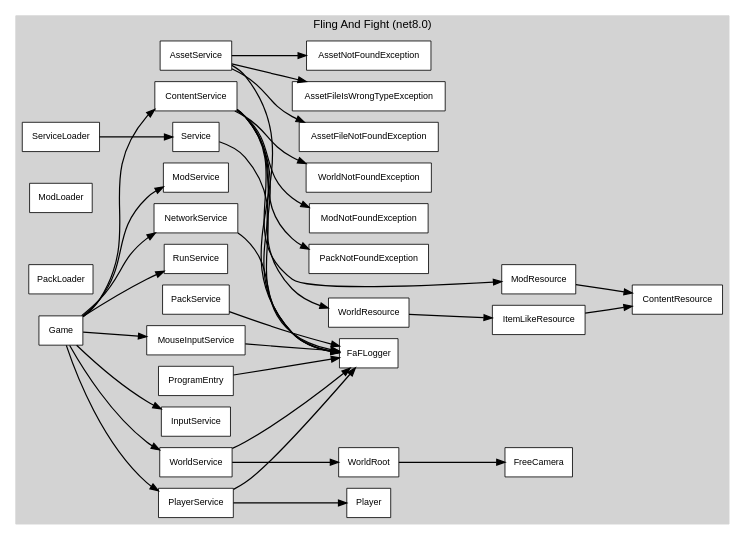
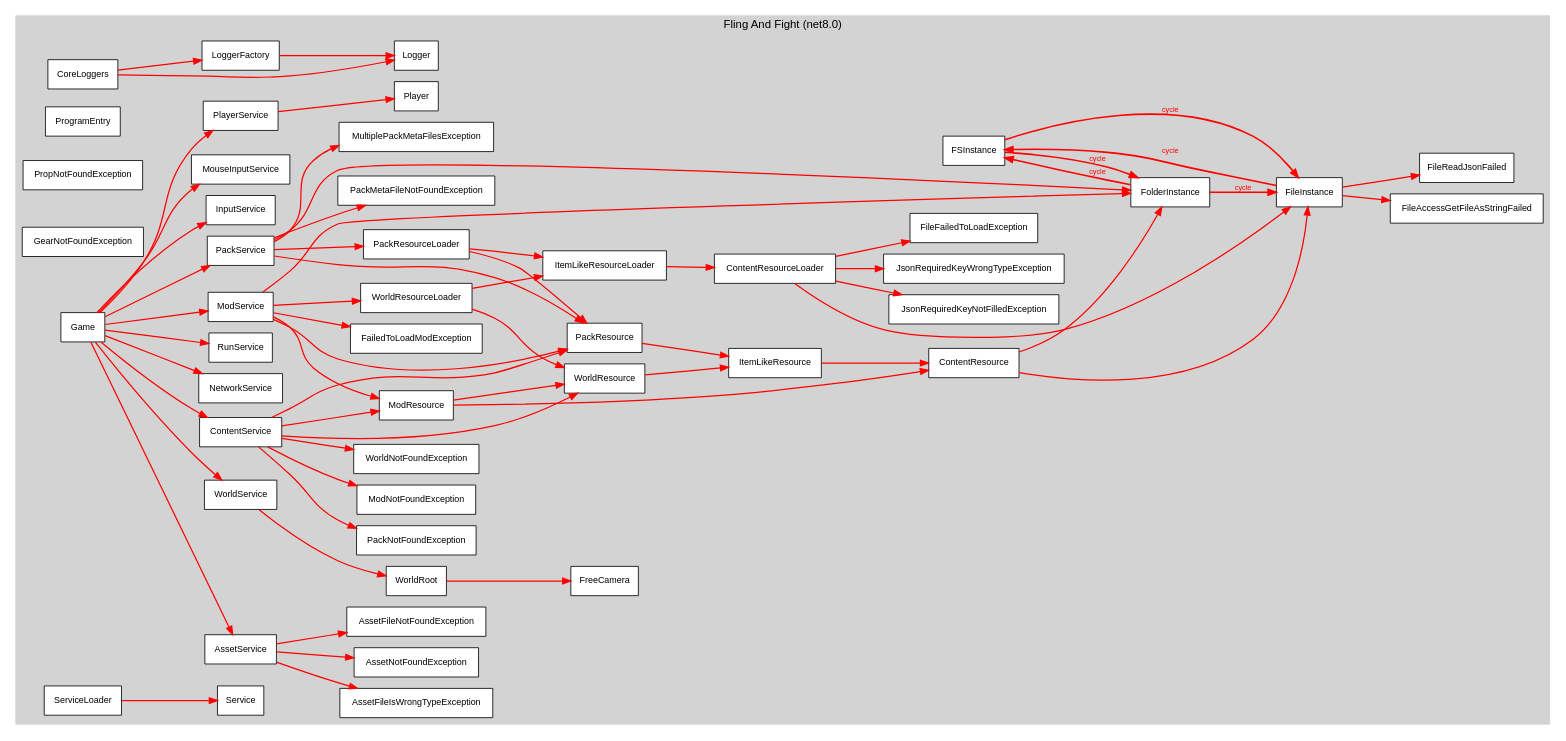
Before and after one commit to Nikaxe-dev/Fling-And-Fight: the diagram in FaF-GODOT/class-dependency-graph.dot, drawn with Graphviz. The commit also changed 1 other file, not shown here.

Commit message:
feat: add state events to RunService

```diff
--- a/FaF-GODOT/class-dependency-graph.dot
+++ b/FaF-GODOT/class-dependency-graph.dot
@@ -1,75 +1,123 @@
 digraph CSharpDependencies {
   graph [rankdir=LR, fontname="Helvetica", fontsize=14, splines=sprite, overlap=false, nodesep=0.2, ranksep=0.8];
   node [shape=box, style=filled, fillcolor=lightblue, fontname="Helvetica", fontsize=11];
   edge [fontname="Helvetica", fontsize=9];
+  // Cycle highlighting
+  edge [color="#FF0000", penwidth=2.0];
+
 
   subgraph "cluster_Fling And Fight" {
     label="Fling And Fight (net8.0)";
     style="filled";
     color="lightgray";
 
-    "Fling And Fight.FaFLogger" [label="FaFLogger", fillcolor=white, tooltip="FaF.Debug.FaFLogger"];
+    "Fling And Fight.CoreLoggers" [label="CoreLoggers", fillcolor=white, tooltip="FaF.Debug.CoreLoggers"];
+    "Fling And Fight.Logger" [label="Logger", fillcolor=white, tooltip="FaF.Debug.Logger"];
+    "Fling And Fight.LoggerFactory" [label="LoggerFactory", fillcolor=white, tooltip="FaF.Debug.LoggerFactory"];
+    "Fling And Fight.FSInstance" [label="FSInstance", fillcolor=white, tooltip="FaF.FileSystem.FSInstance"];
+    "Fling And Fight.FileInstance" [label="FileInstance", fillcolor=white, tooltip="FaF.FileSystem.FileInstance"];
+    "Fling And Fight.FileAccessGetFileAsStringFailed" [label="FileAccessGetFileAsStringFailed", fillcolor=white, tooltip="FaF.FileSystem.FileAccessGetFileAsStringFailed"];
+    "Fling And Fight.FileReadJsonFailed" [label="FileReadJsonFailed", fillcolor=white, tooltip="FaF.FileSystem.FileReadJsonFailed"];
+    "Fling And Fight.FolderInstance" [label="FolderInstance", fillcolor=white, tooltip="FaF.FileSystem.FolderInstance"];
     "Fling And Fight.ProgramEntry" [label="ProgramEntry", fillcolor=white, tooltip="FaF.ProgramEntry"];
     "Fling And Fight.AssetService" [label="AssetService", fillcolor=white, tooltip="FaF.Services.Content.AssetService"];
     "Fling And Fight.AssetNotFoundException" [label="AssetNotFoundException", fillcolor=white, tooltip="FaF.Services.Content.AssetNotFoundException"];
     "Fling And Fight.AssetFileNotFoundException" [label="AssetFileNotFoundException", fillcolor=white, tooltip="FaF.Services.Content.AssetFileNotFoundException"];
     "Fling And Fight.AssetFileIsWrongTypeException" [label="AssetFileIsWrongTypeException", fillcolor=white, tooltip="FaF.Services.Content.AssetFileIsWrongTypeException"];
     "Fling And Fight.ContentService" [label="ContentService", fillcolor=white, tooltip="FaF.Services.Content.ContentService"];
     "Fling And Fight.PackNotFoundException" [label="PackNotFoundException", fillcolor=white, tooltip="FaF.Services.Content.PackNotFoundException"];
     "Fling And Fight.ModNotFoundException" [label="ModNotFoundException", fillcolor=white, tooltip="FaF.Services.Content.ModNotFoundException"];
     "Fling And Fight.WorldNotFoundException" [label="WorldNotFoundException", fillcolor=white, tooltip="FaF.Services.Content.WorldNotFoundException"];
+    "Fling And Fight.PropNotFoundException" [label="PropNotFoundException", fillcolor=white, tooltip="FaF.Services.Content.PropNotFoundException"];
+    "Fling And Fight.GearNotFoundException" [label="GearNotFoundException", fillcolor=white, tooltip="FaF.Services.Content.GearNotFoundException"];
     "Fling And Fight.ContentResource" [label="ContentResource", fillcolor=white, tooltip="FaF.Services.Content.Resources.ContentResource"];
     "Fling And Fight.ItemLikeResource" [label="ItemLikeResource", fillcolor=white, tooltip="FaF.Services.Content.Resources.ItemLikeResource"];
     "Fling And Fight.ModResource" [label="ModResource", fillcolor=white, tooltip="FaF.Services.Content.Resources.ModResource"];
+    "Fling And Fight.PackResource" [label="PackResource", fillcolor=white, tooltip="FaF.Services.Content.Resources.PackResource"];
     "Fling And Fight.WorldResource" [label="WorldResource", fillcolor=white, tooltip="FaF.Services.Content.Resources.WorldResource"];
     "Fling And Fight.Game" [label="Game", fillcolor=white, tooltip="FaF.Services.Game"];
     "Fling And Fight.NetworkService" [label="NetworkService", fillcolor=white, tooltip="FaF.Services.Lifecycle.NetworkService"];
     "Fling And Fight.RunService" [label="RunService", fillcolor=white, tooltip="FaF.Services.Lifecycle.RunService"];
-    "Fling And Fight.ModLoader" [label="ModLoader", fillcolor=white, tooltip="FaF.Services.Modding.ModLoaders.ModLoader"];
     "Fling And Fight.ModService" [label="ModService", fillcolor=white, tooltip="FaF.Services.Modding.ModService"];
-    "Fling And Fight.PackLoader" [label="PackLoader", fillcolor=white, tooltip="FaF.Services.Modding.PackLoaders.PackLoader"];
+    "Fling And Fight.FailedToLoadModException" [label="FailedToLoadModException", fillcolor=white, tooltip="FaF.Services.Modding.FailedToLoadModException"];
     "Fling And Fight.PackService" [label="PackService", fillcolor=white, tooltip="FaF.Services.Modding.PackService"];
+    "Fling And Fight.PackMetaFileNotFoundException" [label="PackMetaFileNotFoundException", fillcolor=white, tooltip="FaF.Services.Modding.PackMetaFileNotFoundException"];
+    "Fling And Fight.MultiplePackMetaFilesException" [label="MultiplePackMetaFilesException", fillcolor=white, tooltip="FaF.Services.Modding.MultiplePackMetaFilesException"];
+    "Fling And Fight.ContentResourceLoader" [label="ContentResourceLoader", fillcolor=white, tooltip="FaF.Services.Modding.ResourceLoaders.ContentResourceLoader"];
+    "Fling And Fight.FileFailedToLoadException" [label="FileFailedToLoadException", fillcolor=white, tooltip="FaF.Services.Modding.ResourceLoaders.FileFailedToLoadException"];
+    "Fling And Fight.JsonRequiredKeyNotFilledException" [label="JsonRequiredKeyNotFilledException", fillcolor=white, tooltip="FaF.Services.Modding.ResourceLoaders.JsonRequiredKeyNotFilledException"];
+    "Fling And Fight.JsonRequiredKeyWrongTypeException" [label="JsonRequiredKeyWrongTypeException", fillcolor=white, tooltip="FaF.Services.Modding.ResourceLoaders.JsonRequiredKeyWrongTypeException"];
+    "Fling And Fight.ItemLikeResourceLoader" [label="ItemLikeResourceLoader", fillcolor=white, tooltip="FaF.Services.Modding.ResourceLoaders.ItemLikeResourceLoader"];
+    "Fling And Fight.PackResourceLoader" [label="PackResourceLoader", fillcolor=white, tooltip="FaF.Services.Modding.ResourceLoaders.PackResourceLoader"];
+    "Fling And Fight.WorldResourceLoader" [label="WorldResourceLoader", fillcolor=white, tooltip="FaF.Services.Modding.ResourceLoaders.WorldResourceLoader"];
     "Fling And Fight.Service" [label="Service", fillcolor=white, tooltip="FaF.Services.Service"];
     "Fling And Fight.ServiceLoader" [label="ServiceLoader", fillcolor=white, tooltip="FaF.Services.ServiceLoader"];
     "Fling And Fight.InputService" [label="InputService", fillcolor=white, tooltip="FaF.Services.UserInput.InputService"];
     "Fling And Fight.MouseInputService" [label="MouseInputService", fillcolor=white, tooltip="FaF.Services.UserInput.MouseInputService"];
     "Fling And Fight.Player" [label="Player", fillcolor=white, tooltip="FaF.Services.World.Player"];
     "Fling And Fight.PlayerService" [label="PlayerService", fillcolor=white, tooltip="FaF.Services.World.PlayerService"];
     "Fling And Fight.WorldRoot" [label="WorldRoot", fillcolor=white, tooltip="FaF.Services.World.WorldRoot"];
     "Fling And Fight.WorldService" [label="WorldService", fillcolor=white, tooltip="FaF.Services.World.WorldService"];
     "Fling And Fight.FreeCamera" [label="FreeCamera", fillcolor=white, tooltip="FaF.Visuals.Camera.FreeCamera"];
   }
 
-  "Fling And Fight.ProgramEntry" -> "Fling And Fight.FaFLogger" [penwidth=1.5];
+  "Fling And Fight.CoreLoggers" -> "Fling And Fight.LoggerFactory" [penwidth=1.5];
+  "Fling And Fight.CoreLoggers" -> "Fling And Fight.Logger" [penwidth=1.5];
+  "Fling And Fight.LoggerFactory" -> "Fling And Fight.Logger" [penwidth=1.5];
+  "Fling And Fight.FSInstance" -> "Fling And Fight.FolderInstance" [penwidth=1.5, color="#FF0000", penwidth=2.0, fontcolor="#FF0000", label="cycle"];
+  "Fling And Fight.FSInstance" -> "Fling And Fight.FileInstance" [penwidth=1.5, color="#FF0000", penwidth=2.0, fontcolor="#FF0000", label="cycle"];
+  "Fling And Fight.FileInstance" -> "Fling And Fight.FSInstance" [penwidth=1.5, color="#FF0000", penwidth=2.0, fontcolor="#FF0000", label="cycle"];
+  "Fling And Fight.FileInstance" -> "Fling And Fight.FileAccessGetFileAsStringFailed" [penwidth=1.5];
+  "Fling And Fight.FileInstance" -> "Fling And Fight.FileReadJsonFailed" [penwidth=1.5];
+  "Fling And Fight.FolderInstance" -> "Fling And Fight.FSInstance" [penwidth=1.5, color="#FF0000", penwidth=2.0, fontcolor="#FF0000", label="cycle"];
+  "Fling And Fight.FolderInstance" -> "Fling And Fight.FileInstance" [penwidth=1.5, color="#FF0000", penwidth=2.0, fontcolor="#FF0000", label="cycle"];
   "Fling And Fight.AssetService" -> "Fling And Fight.AssetNotFoundException" [penwidth=1.5];
   "Fling And Fight.AssetService" -> "Fling And Fight.AssetFileIsWrongTypeException" [penwidth=1.5];
   "Fling And Fight.AssetService" -> "Fling And Fight.AssetFileNotFoundException" [penwidth=1.5];
-  "Fling And Fight.AssetService" -> "Fling And Fight.FaFLogger" [penwidth=1.5];
   "Fling And Fight.ContentService" -> "Fling And Fight.PackNotFoundException" [penwidth=1.5];
   "Fling And Fight.ContentService" -> "Fling And Fight.ModNotFoundException" [penwidth=1.5];
   "Fling And Fight.ContentService" -> "Fling And Fight.WorldNotFoundException" [penwidth=1.5];
-  "Fling And Fight.ContentService" -> "Fling And Fight.FaFLogger" [penwidth=1.5];
+  "Fling And Fight.ContentService" -> "Fling And Fight.PackResource" [penwidth=1.5];
   "Fling And Fight.ContentService" -> "Fling And Fight.ModResource" [penwidth=1.5];
   "Fling And Fight.ContentService" -> "Fling And Fight.WorldResource" [penwidth=1.5];
+  "Fling And Fight.ContentResource" -> "Fling And Fight.FileInstance" [penwidth=1.5];
+  "Fling And Fight.ContentResource" -> "Fling And Fight.FolderInstance" [penwidth=1.5];
   "Fling And Fight.ItemLikeResource" -> "Fling And Fight.ContentResource" [penwidth=1.5];
   "Fling And Fight.ModResource" -> "Fling And Fight.ContentResource" [penwidth=1.5];
+  "Fling And Fight.ModResource" -> "Fling And Fight.WorldResource" [penwidth=1.5];
+  "Fling And Fight.PackResource" -> "Fling And Fight.ItemLikeResource" [penwidth=1.5];
   "Fling And Fight.WorldResource" -> "Fling And Fight.ItemLikeResource" [penwidth=1.5];
   "Fling And Fight.Game" -> "Fling And Fight.NetworkService" [penwidth=1.5];
   "Fling And Fight.Game" -> "Fling And Fight.InputService" [penwidth=1.5];
   "Fling And Fight.Game" -> "Fling And Fight.MouseInputService" [penwidth=1.5];
   "Fling And Fight.Game" -> "Fling And Fight.RunService" [penwidth=1.5];
   "Fling And Fight.Game" -> "Fling And Fight.WorldService" [penwidth=1.5];
   "Fling And Fight.Game" -> "Fling And Fight.PlayerService" [penwidth=1.5];
+  "Fling And Fight.Game" -> "Fling And Fight.PackService" [penwidth=1.5];
   "Fling And Fight.Game" -> "Fling And Fight.ModService" [penwidth=1.5];
   "Fling And Fight.Game" -> "Fling And Fight.ContentService" [penwidth=1.5];
-  "Fling And Fight.NetworkService" -> "Fling And Fight.FaFLogger" [penwidth=1.5];
-  "Fling And Fight.PackService" -> "Fling And Fight.FaFLogger" [penwidth=1.5];
-  "Fling And Fight.Service" -> "Fling And Fight.FaFLogger" [penwidth=1.5];
+  "Fling And Fight.Game" -> "Fling And Fight.AssetService" [penwidth=1.5];
+  "Fling And Fight.ModService" -> "Fling And Fight.FailedToLoadModException" [penwidth=1.5];
+  "Fling And Fight.ModService" -> "Fling And Fight.WorldResourceLoader" [penwidth=1.5];
+  "Fling And Fight.ModService" -> "Fling And Fight.ModResource" [penwidth=1.5];
+  "Fling And Fight.ModService" -> "Fling And Fight.FolderInstance" [penwidth=1.5];
+  "Fling And Fight.ModService" -> "Fling And Fight.PackResource" [penwidth=1.5];
+  "Fling And Fight.PackService" -> "Fling And Fight.MultiplePackMetaFilesException" [penwidth=1.5];
+  "Fling And Fight.PackService" -> "Fling And Fight.PackMetaFileNotFoundException" [penwidth=1.5];
+  "Fling And Fight.PackService" -> "Fling And Fight.PackResourceLoader" [penwidth=1.5];
+  "Fling And Fight.PackService" -> "Fling And Fight.FolderInstance" [penwidth=1.5];
+  "Fling And Fight.PackService" -> "Fling And Fight.PackResource" [penwidth=1.5];
+  "Fling And Fight.ContentResourceLoader" -> "Fling And Fight.FileFailedToLoadException" [penwidth=1.5];
+  "Fling And Fight.ContentResourceLoader" -> "Fling And Fight.JsonRequiredKeyNotFilledException" [penwidth=1.5];
+  "Fling And Fight.ContentResourceLoader" -> "Fling And Fight.JsonRequiredKeyWrongTypeException" [penwidth=1.5];
+  "Fling And Fight.ContentResourceLoader" -> "Fling And Fight.FileInstance" [penwidth=1.5];
+  "Fling And Fight.ItemLikeResourceLoader" -> "Fling And Fight.ContentResourceLoader" [penwidth=1.5];
+  "Fling And Fight.PackResourceLoader" -> "Fling And Fight.ItemLikeResourceLoader" [penwidth=1.5];
+  "Fling And Fight.PackResourceLoader" -> "Fling And Fight.PackResource" [penwidth=1.5];
+  "Fling And Fight.WorldResourceLoader" -> "Fling And Fight.ItemLikeResourceLoader" [penwidth=1.5];
+  "Fling And Fight.WorldResourceLoader" -> "Fling And Fight.WorldResource" [penwidth=1.5];
   "Fling And Fight.ServiceLoader" -> "Fling And Fight.Service" [penwidth=1.5];
-  "Fling And Fight.MouseInputService" -> "Fling And Fight.FaFLogger" [penwidth=1.5];
-  "Fling And Fight.PlayerService" -> "Fling And Fight.FaFLogger" [penwidth=1.5];
   "Fling And Fight.PlayerService" -> "Fling And Fight.Player" [penwidth=1.5];
   "Fling And Fight.WorldRoot" -> "Fling And Fight.FreeCamera" [penwidth=1.5];
-  "Fling And Fight.WorldService" -> "Fling And Fight.FaFLogger" [penwidth=1.5];
   "Fling And Fight.WorldService" -> "Fling And Fight.WorldRoot" [penwidth=1.5];
 }
```
